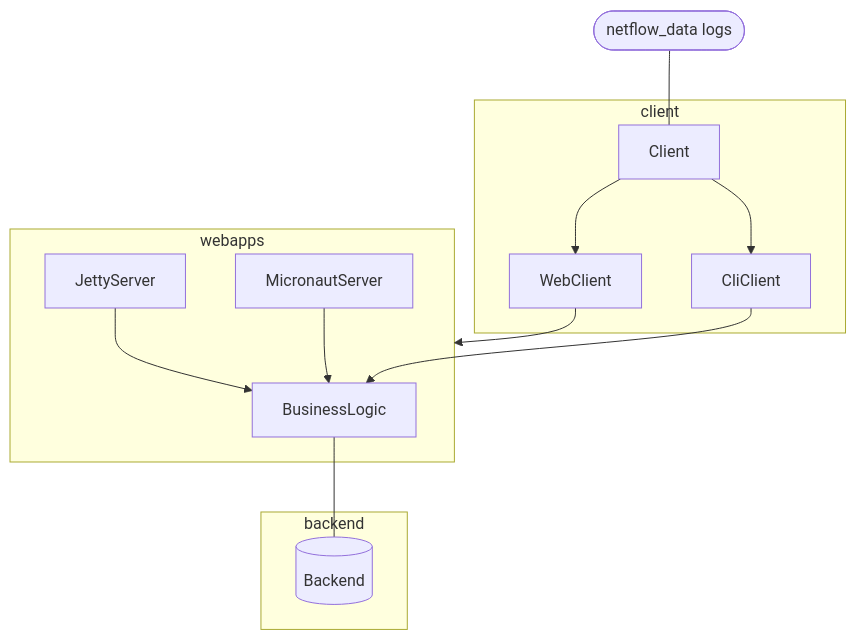
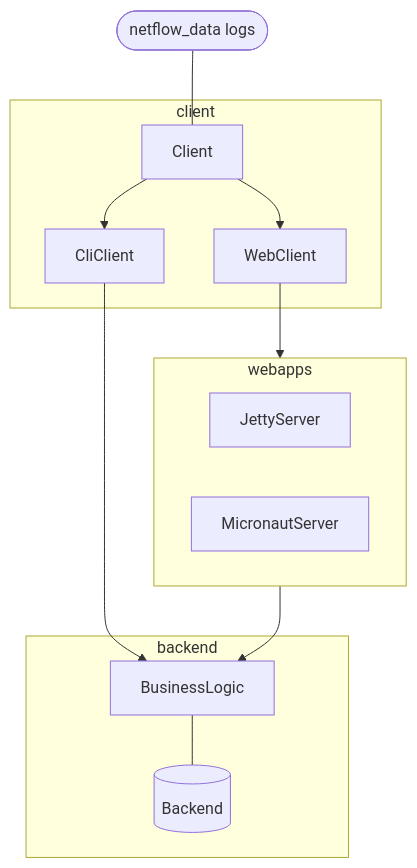
The first of 2 diagrams in readme.md (jaokim/inside-java-dumpster), drawn with Mermaid before and after one commit.

````diff
--- a/readme.md
+++ b/readme.md
@@ -14,17 +14,18 @@
 ```mermaid
 flowchart TD
   nf([netflow_data logs]) --- Client
   WebClient --> webapps
   CliClient --> BusinessLogic
   subgraph client
     Client --> WebClient
     Client --> CliClient
   end
   subgraph webapps
-    JettyServer -->  BusinessLogic
-    MicronautServer --> BusinessLogic
+    JettyServer
+    MicronautServer
   end
+  webapps --> BusinessLogic
   subgraph backend
     BusinessLogic --- bd[(Backend)]
   end
 ```
````
